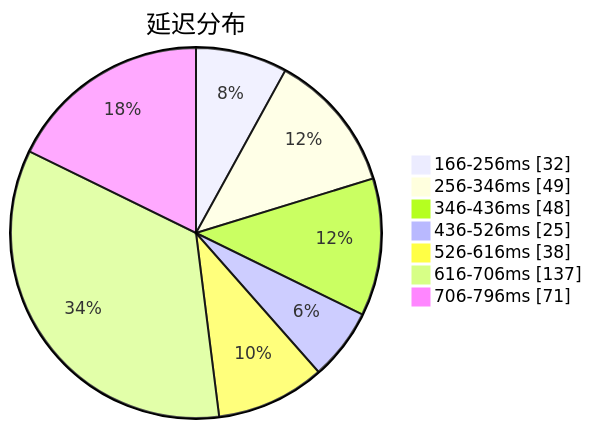
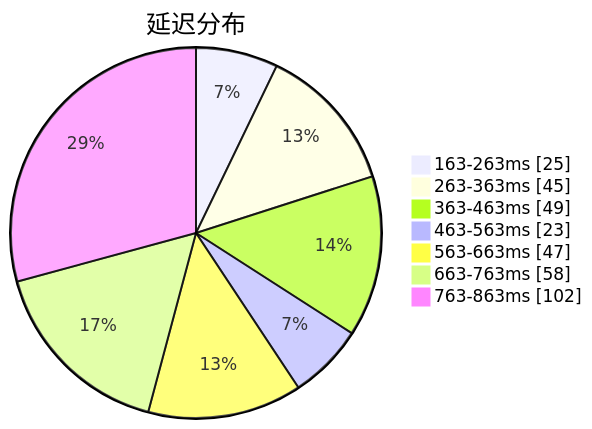
Before and after one commit to qjlxg/airport: the first of 3 diagrams in subs/statistics/tested_within.md, drawn with Mermaid. The commit also changed other lines of this file and 2 other files, not shown here.

````diff
--- a/subs/statistics/tested_within.md
+++ b/subs/statistics/tested_within.md
@@ -2,11 +2,11 @@
 ```mermaid
 pie showData
 title 延迟分布
-"166-256ms" : 32
-"256-346ms" : 49
-"346-436ms" : 48
-"436-526ms" : 25
-"526-616ms" : 38
-"616-706ms" : 137
-"706-796ms" : 71
+"163-263ms" : 25
+"263-363ms" : 45
+"363-463ms" : 49
+"463-563ms" : 23
+"563-663ms" : 47
+"663-763ms" : 58
+"763-863ms" : 102
 ```
````
